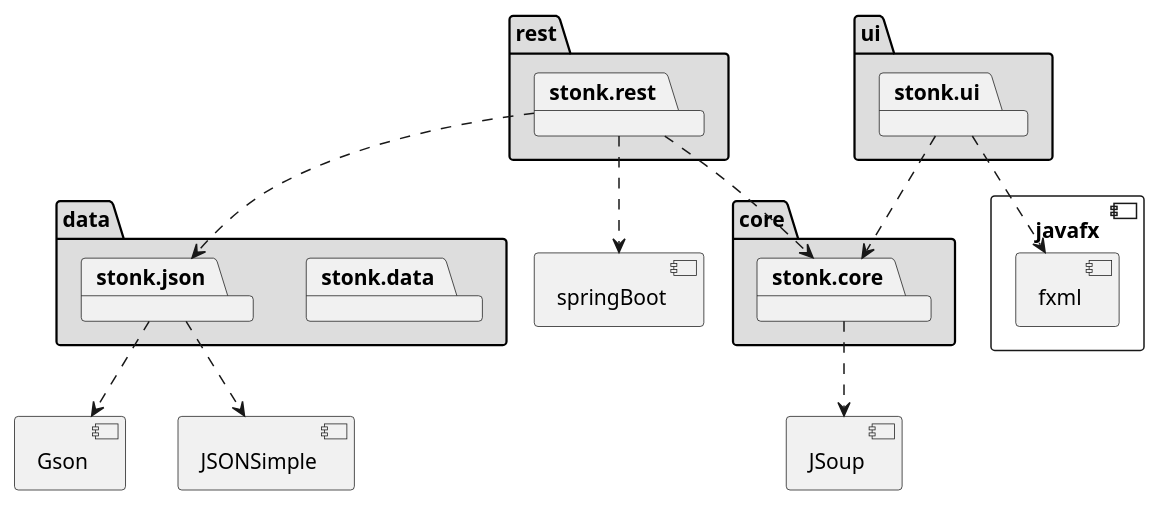
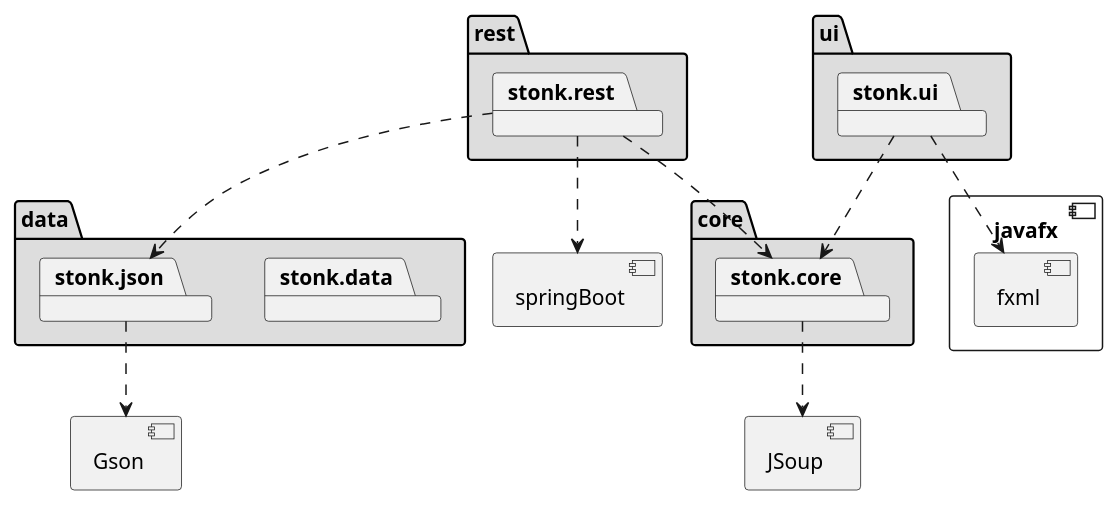
One commit to Camtrup/StonkApp changed the diagram in docs/diagramsUML/package.wsd. Above: the diagram before and after it, drawn with PlantUML. The commit also changed 3 other files, not shown here.

```diff
--- a/docs/diagramsUML/package.wsd
+++ b/docs/diagramsUML/package.wsd
@@ -1,47 +1,44 @@
 @startuml packageDiag
 
 package "rest" #DDDDDD {
   package stonk.rest 
 }
 package "ui" #DDDDDD {
   package stonk.ui
 }
 package "core" #DDDDDD {
   package stonk.core 
 }
 package "data" #DDDDDD {
   package stonk.data 
   package stonk.json 
 }
 
 component javafx{
   component fxml
 }
 
 component Gson
 
 component JSoup
 
-component JSONSimple
-
 component springBoot
 
 
 stonk.rest ..> springBoot
 stonk.rest ..> stonk.core 
 stonk.rest ..> stonk.json
 stonk.ui ..> fxml
 stonk.ui ..> stonk.core   
 stonk.json ..> Gson
-stonk.json ..> JSONSimple
 stonk.core ..> JSoup
 
 
 /' 
 node1 -- node2 : label1
 node1 .. node3 : label2
 node1 ~~ node4 : label3
 node1 == node5
 '/
 
 @enduml
```
